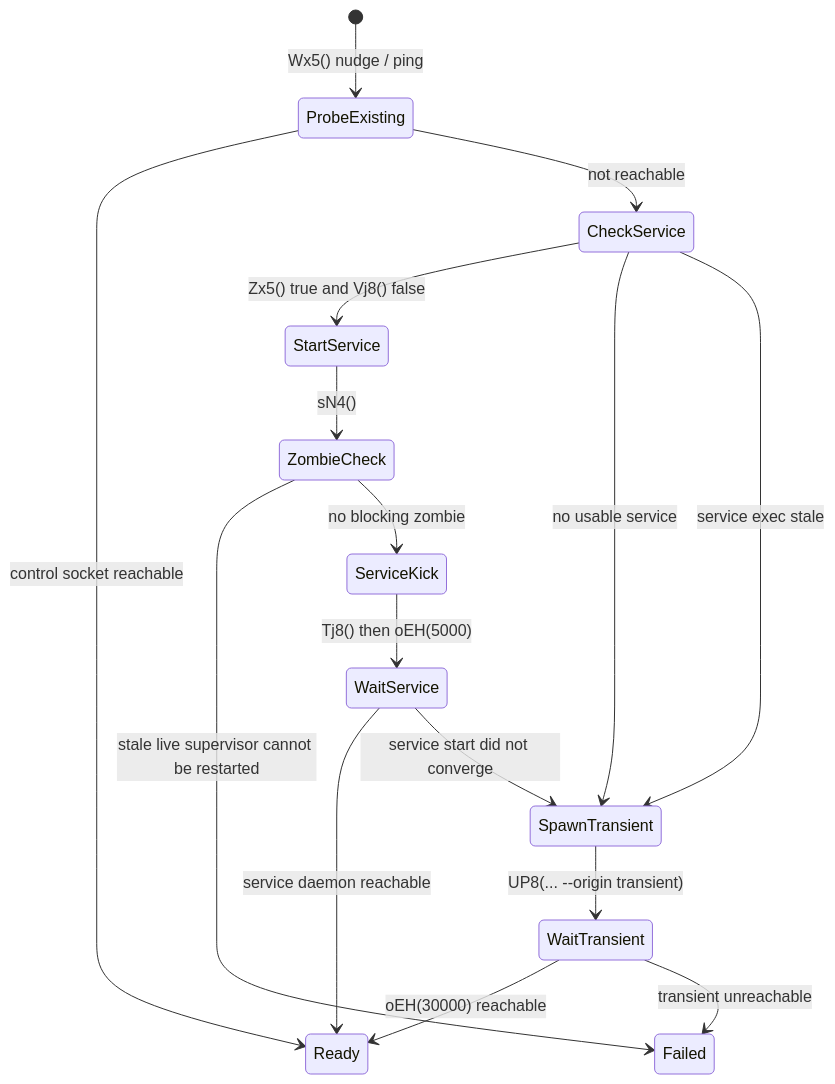
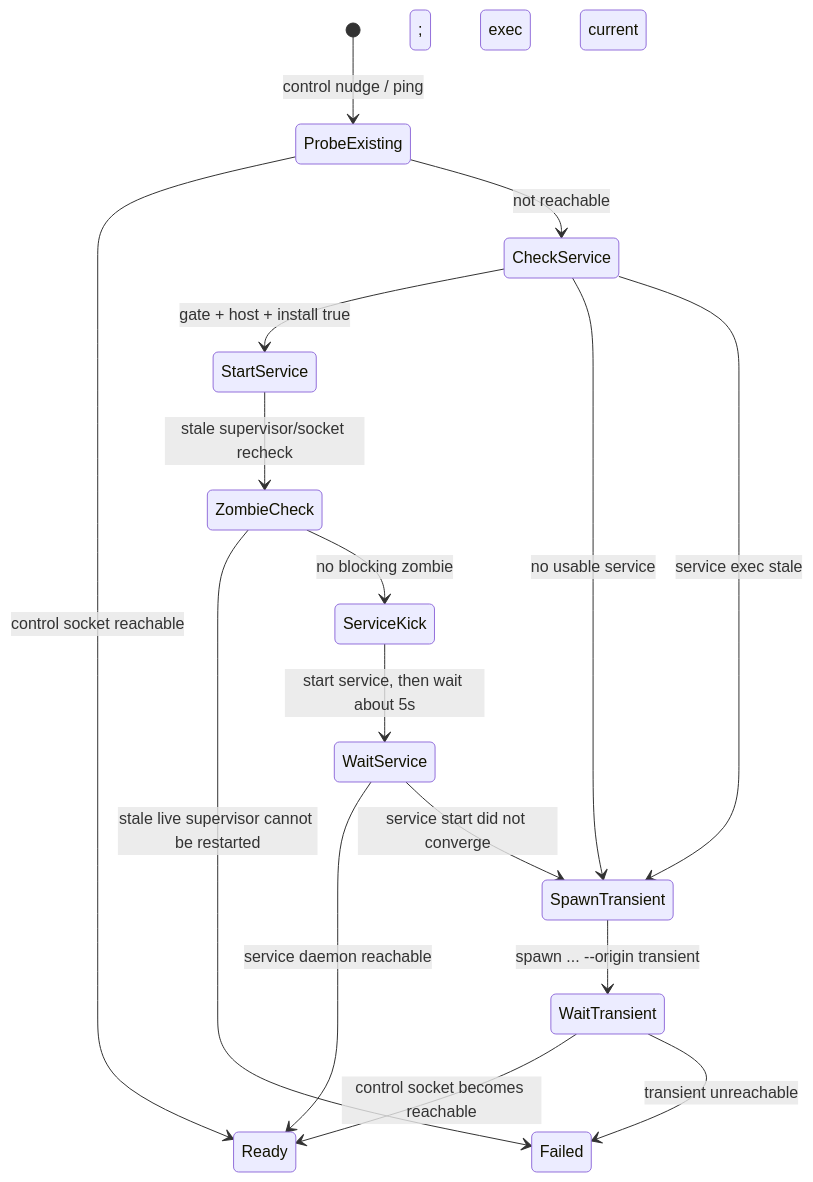
One commit to vibewatch/claude-code-internals changed the third of 5 diagrams in docs/01-runtime-lifecycle/daemon-and-background-service.md. Above: the diagram before and after it, drawn with Mermaid. The commit also changed other lines of this file and 46 other files, not shown here.

````diff
--- a/docs/01-runtime-lifecycle/daemon-and-background-service.md
+++ b/docs/01-runtime-lifecycle/daemon-and-background-service.md
@@ -154,21 +174,21 @@
 ```mermaid
 stateDiagram-v2
-    [*] --> ProbeExisting: Wx5() nudge / ping
+   [*] --> ProbeExisting: control nudge / ping
     ProbeExisting --> Ready: control socket reachable
     ProbeExisting --> CheckService: not reachable
 
-    CheckService --> StartService: Zx5() true and Vj8() false
+   CheckService --> StartService: gate + host + install true; exec current
     CheckService --> SpawnTransient: no usable service
     CheckService --> SpawnTransient: service exec stale
 
-    StartService --> ZombieCheck: sN4()
+   StartService --> ZombieCheck: stale supervisor/socket recheck
     ZombieCheck --> Failed: stale live supervisor cannot be restarted
-    ZombieCheck --> ServiceKick: no blocking zombie
-    ServiceKick --> WaitService: Tj8() then oEH(5000)
+   ZombieCheck --> ServiceKick: no blocking zombie
+   ServiceKick --> WaitService: start service, then wait about 5s
     WaitService --> Ready: service daemon reachable
     WaitService --> SpawnTransient: service start did not converge
 
-    SpawnTransient --> WaitTransient: UP8(... --origin transient)
-    WaitTransient --> Ready: oEH(30000) reachable
+   SpawnTransient --> WaitTransient: spawn ... --origin transient
+   WaitTransient --> Ready: control socket becomes reachable
     WaitTransient --> Failed: transient unreachable
 ```
````
